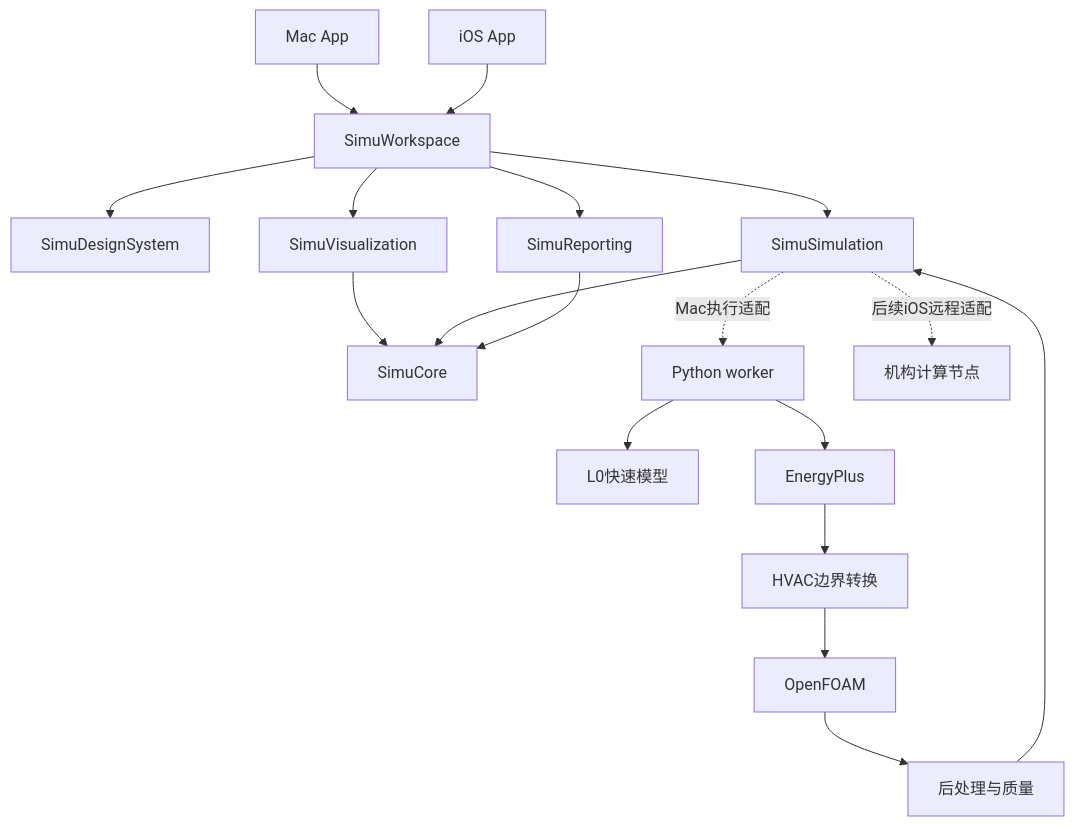
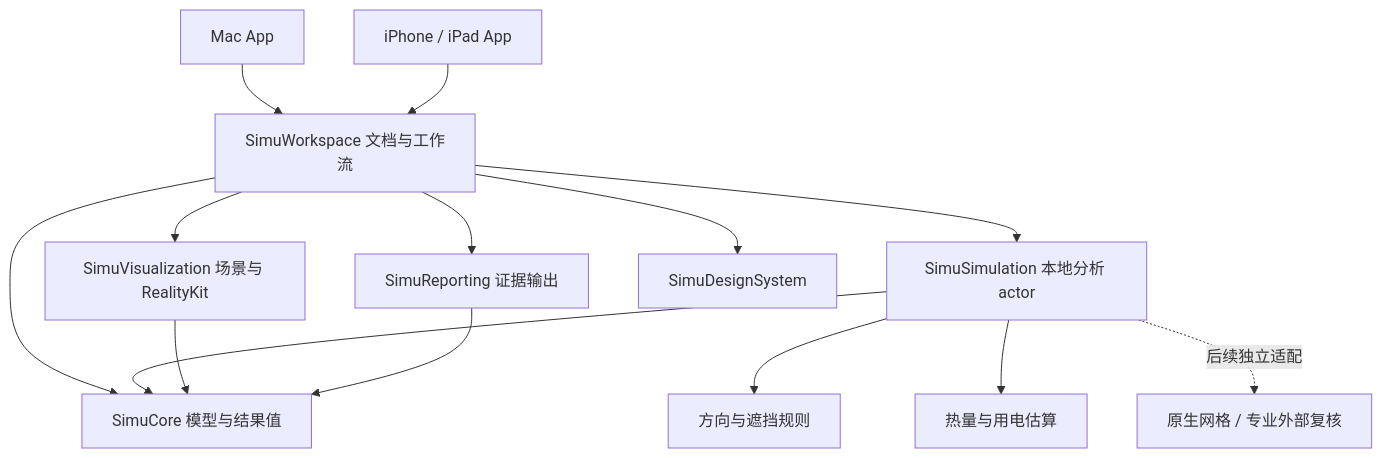
Before and after one commit to krabbypatty1031-blip/SimuNow: the diagram in Plans/References/02-architecture.md, drawn with Mermaid. The commit also changed other lines of this file and 115 other files, not shown here.

````diff
--- a/Plans/References/02-architecture.md
+++ b/Plans/References/02-architecture.md
@@ -5,20 +5,16 @@
 ```mermaid
 flowchart TD
-  Mac[Mac App] --> Workspace[SimuWorkspace]
-  iOS[iOS App] --> Workspace
+  Mac[Mac App] --> Workspace[SimuWorkspace 文档与工作流]
+  Mobile[iPhone / iPad App] --> Workspace
+  Workspace --> Core[SimuCore 模型与结果值]
+  Workspace --> Simulation[SimuSimulation 本地分析 actor]
+  Workspace --> Visualization[SimuVisualization 场景与 RealityKit]
+  Workspace --> Reporting[SimuReporting 证据输出]
   Workspace --> Design[SimuDesignSystem]
-  Workspace --> Viz[SimuVisualization]
-  Workspace --> Client[SimuSimulation]
-  Workspace --> Reporting[SimuReporting]
-  Viz --> Core[SimuCore]
-  Client --> Core
+  Simulation --> Core
+  Visualization --> Core
   Reporting --> Core
-  Client -. Mac执行适配 .-> Worker[Python worker]
-  Client -. 后续iOS远程适配 .-> Service[机构计算节点]
-  Worker --> L0[L0快速模型]
-  Worker --> L1[EnergyPlus]
-  L1 --> Boundary[HVAC边界转换]
-  Boundary --> L2[OpenFOAM]
-  L2 --> Results[后处理与质量]
-  Results --> Client
+  Simulation --> Rules[方向与遮挡规则]
+  Simulation --> Balance[热量与用电估算]
+  Simulation -. 后续独立适配 .-> Research[原生网格 / 专业外部复核]
 ```
````
